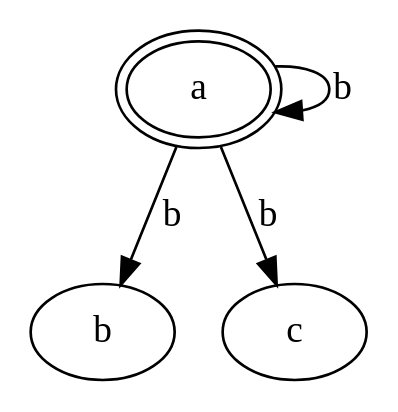
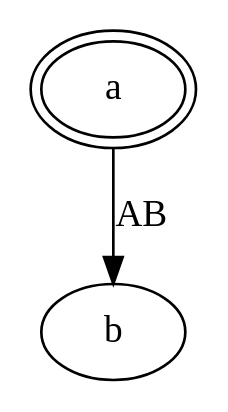
Before and after one commit to Antonio-Melo/COMP-Autoanalyze: the diagram in dot/test4.dot, drawn with Graphviz. The commit also changed 27 other files, not shown here.

```diff
--- a/dot/test4.dot
+++ b/dot/test4.dot
@@ -1,7 +1,5 @@
 digraph G2
  {
-     a -> b [label=b];
-     a -> c [label=b];
-     a -> a [label=b];
+     a -> b [label=AB];
      a [peripheries=2];
  }
```
